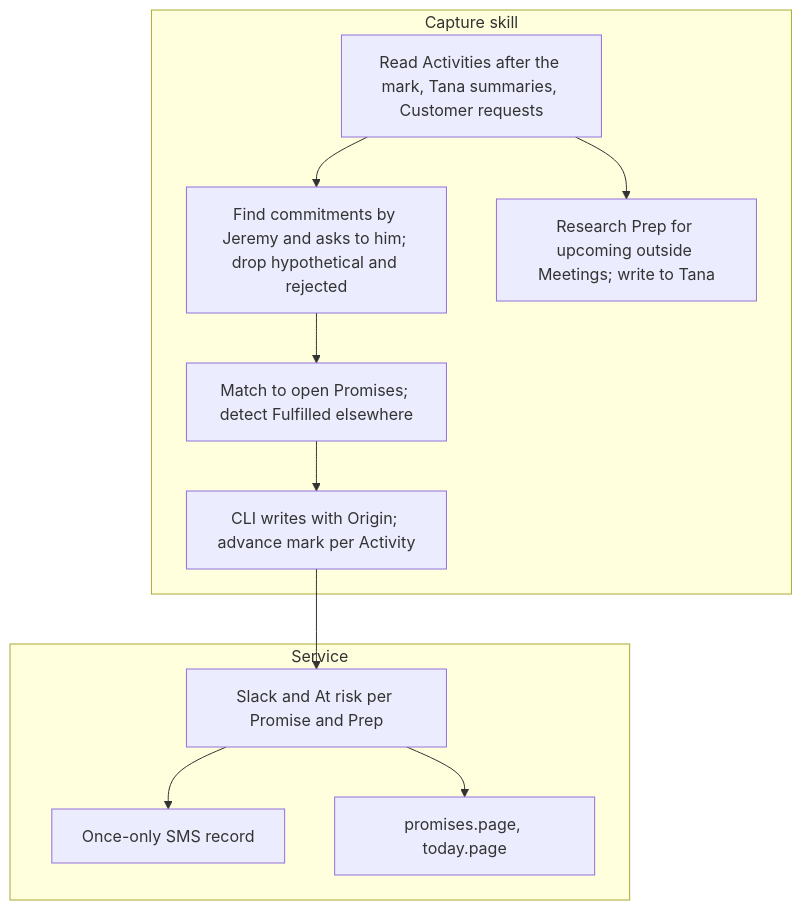
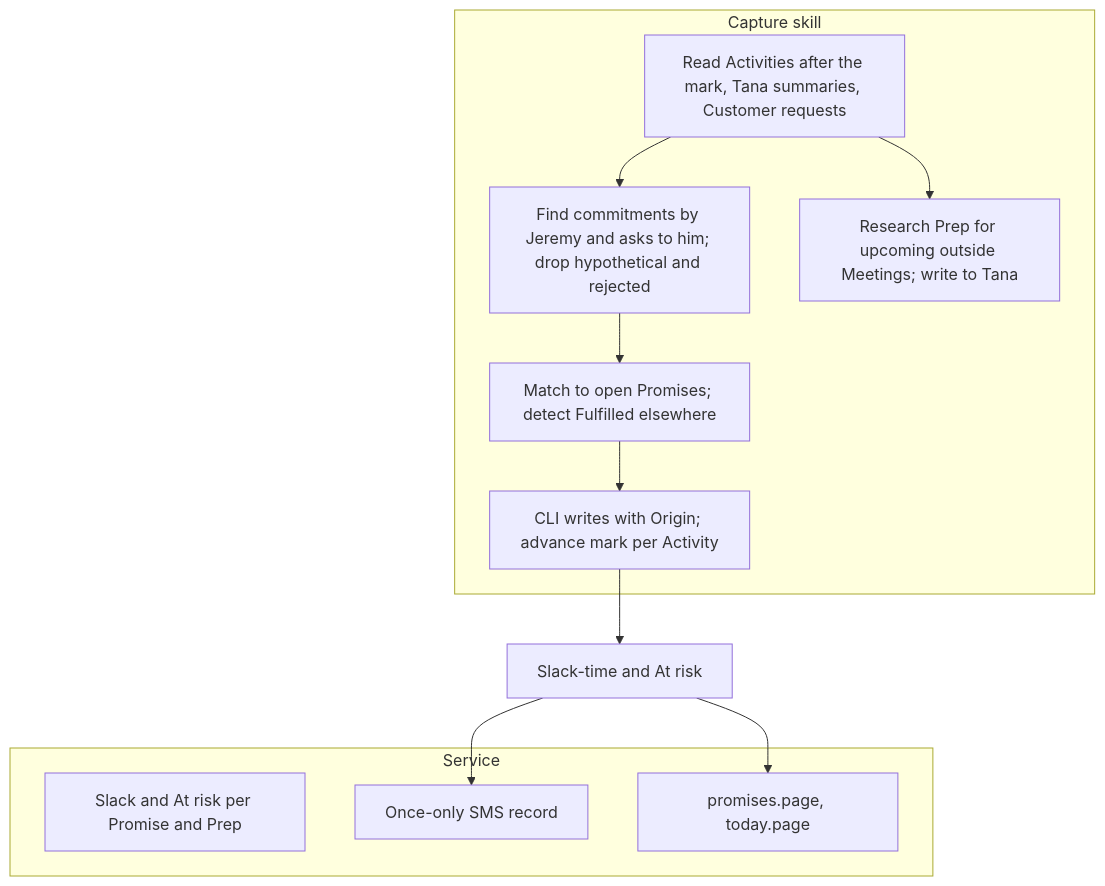
One commit to JMLegere/comms-terminal changed the second of 2 diagrams in .agents/prd/2026-11-18-promises.md. Above: the diagram before and after it, drawn with Mermaid. The commit also changed other lines of this file and 12 other files, not shown here.

First line of the commit message:
refactor(promises): rename Slack to Slack-time

````diff
--- a/.agents/prd/2026-11-18-promises.md
+++ b/.agents/prd/2026-11-18-promises.md
@@ -146,19 +146,19 @@
 ```mermaid
 flowchart TB
   subgraph skill[Capture skill]
     read[Read Activities after the mark, Tana summaries, Customer requests]
     find[Find commitments by Jeremy and asks to him; drop hypothetical and rejected]
     match[Match to open Promises; detect Fulfilled elsewhere]
     write[CLI writes with Origin; advance mark per Activity]
     prep[Research Prep for upcoming outside Meetings; write to Tana]
     read --> find --> match --> write
     read --> prep
   end
   subgraph svc[Service]
     slack[Slack and At risk per Promise and Prep]
     alert[Once-only SMS record]
     views[promises.page, today.page]
   end
-  write --> slack --> views
-  slack --> alert
+  write --> slacktime[Slack-time and At risk] --> views
+  slacktime --> alert
 ```
````
